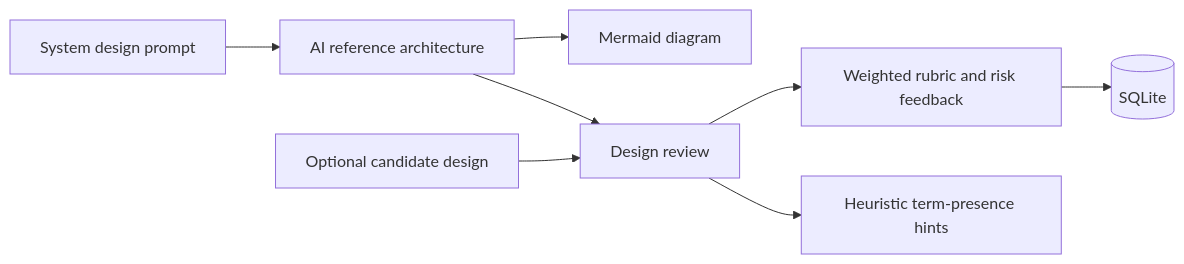
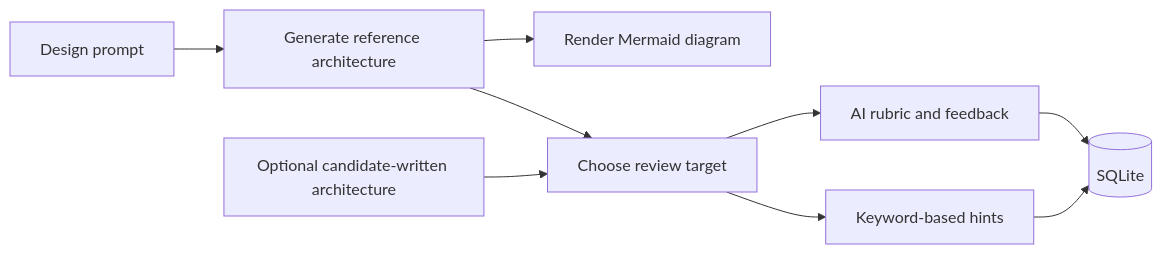
Before and after one commit to vihaank1/InterviewForge: the third of 3 diagrams in README.md, drawn with Mermaid. The commit also changed other lines of this file and 6 other files, not shown here.

````diff
--- a/README.md
+++ b/README.md
@@ -28,10 +113,11 @@
-```mermaid
+~~~mermaid
 flowchart LR
-  P[System design prompt] --> G[AI reference architecture]
-  G --> M[Mermaid diagram]
-  CAND[Optional candidate design] --> R[Design review]
-  G --> R
-  R --> S[Weighted rubric and risk feedback]
-  R --> H[Heuristic term-presence hints]
-  S --> DB[(SQLite)]
-```
+  Prompt[Design prompt] --> Reference[Generate reference architecture]
+  Reference --> Mermaid[Render Mermaid diagram]
+  Candidate[Optional candidate-written architecture] --> Review[Choose review target]
+  Reference --> Review
+  Review --> Scores[AI rubric and feedback]
+  Review --> Hints[Keyword-based hints]
+  Scores --> DB[(SQLite)]
+  Hints --> DB
+~~~
````
